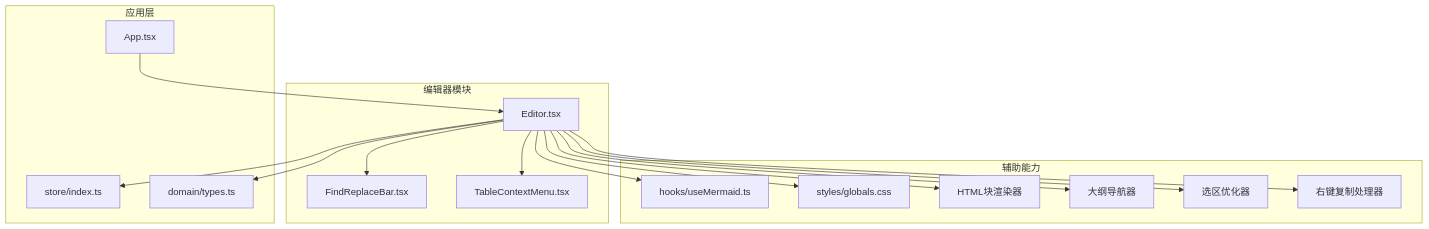
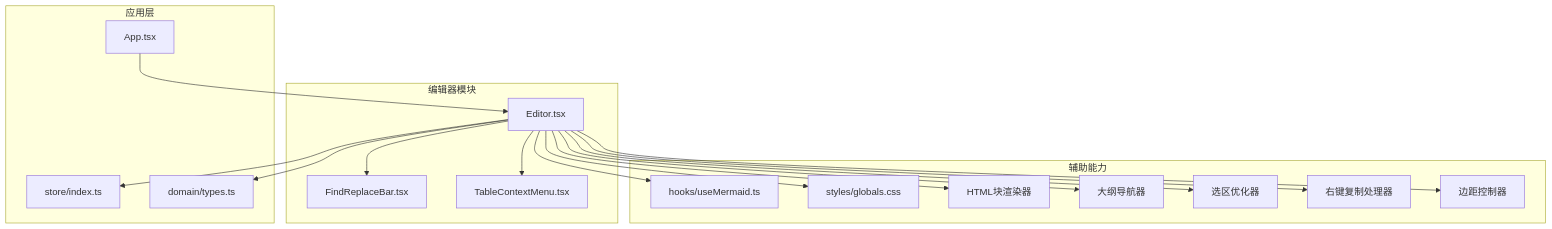
The first of 7 diagrams in .qoder/repowiki/zh/content/核心组件/编辑器组件.md (gongshiyun/ZenNote), drawn with Mermaid before and after one commit. The commit also changed other lines of this file and 30 other files, not shown here.

````diff
--- a/.qoder/repowiki/zh/content/核心组件/编辑器组件.md
+++ b/.qoder/repowiki/zh/content/核心组件/编辑器组件.md
@@ -54,32 +54,34 @@
 ```mermaid
 graph TB
 subgraph "编辑器模块"
 E["Editor.tsx"]
 FR["FindReplaceBar.tsx"]
 TCM["TableContextMenu.tsx"]
 end
 subgraph "应用层"
 APP["App.tsx"]
 STORE["store/index.ts"]
 TYPES["domain/types.ts"]
 end
 subgraph "辅助能力"
 MERMAID["hooks/useMermaid.ts"]
 CSS["styles/globals.css"]
 HTMLRENDER["HTML块渲染器"]
 OUTLINENAV["大纲导航器"]
 SELECTIONOPT["选区优化器"]
 RIGHTCLICKCOPY["右键复制处理器"]
+MARGINCTRL["边距控制器"]
 end
 APP --> E
 E --> FR
 E --> TCM
 E --> STORE
 E --> TYPES
 E --> MERMAID
 E --> CSS
 E --> HTMLRENDER
 E --> OUTLINENAV
 E --> SELECTIONOPT
 E --> RIGHTCLICKCOPY
+E --> MARGINCTRL
 ```
````
